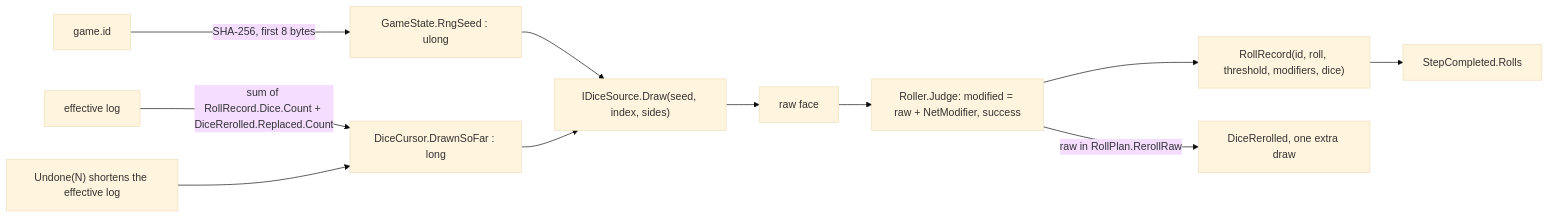
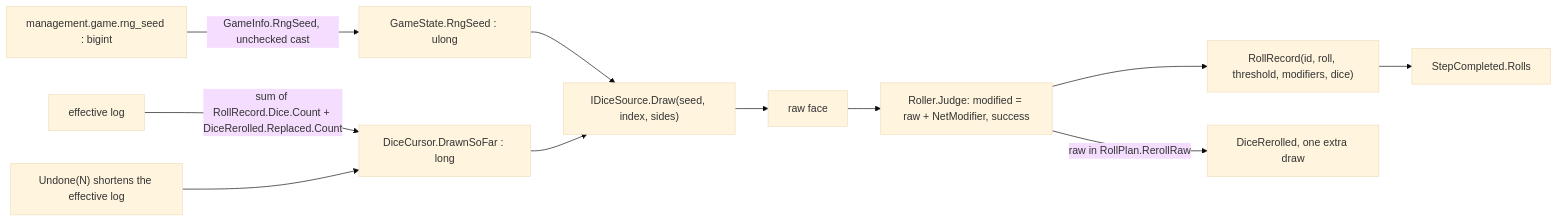
The third of 11 diagrams in docs/design/interpreter/design.md (cstupi/tabletop), drawn with Mermaid (base theme) before and after one commit. The commit also changed other lines of this file and 6 other files, not shown here.

````diff
--- a/docs/design/interpreter/design.md
+++ b/docs/design/interpreter/design.md
@@ -309,13 +311,13 @@
 ```mermaid
 flowchart LR
-    gid["game.id"] -- "SHA-256, first 8 bytes" --> seed["GameState.RngSeed : ulong"]
+    row["management.game.rng_seed : bigint"] -- "GameInfo.RngSeed, unchecked cast" --> seed["GameState.RngSeed : ulong"]
     log["effective log"] -- "sum of RollRecord.Dice.Count + DiceRerolled.Replaced.Count" --> cur["DiceCursor.DrawnSoFar : long"]
     seed --> src["IDiceSource.Draw(seed, index, sides)"]
     cur --> src
     src --> die["raw face"]
     die --> judge["Roller.Judge: modified = raw + NetModifier, success"]
     judge --> rec["RollRecord(id, roll, threshold, modifiers, dice)"]
     rec --> sc["StepCompleted.Rolls"]
     judge -- "raw in RollPlan.RerollRaw" --> forced["DiceRerolled, one extra draw"]
     undo["Undone(N) shortens the effective log"] --> cur
 ```
````
